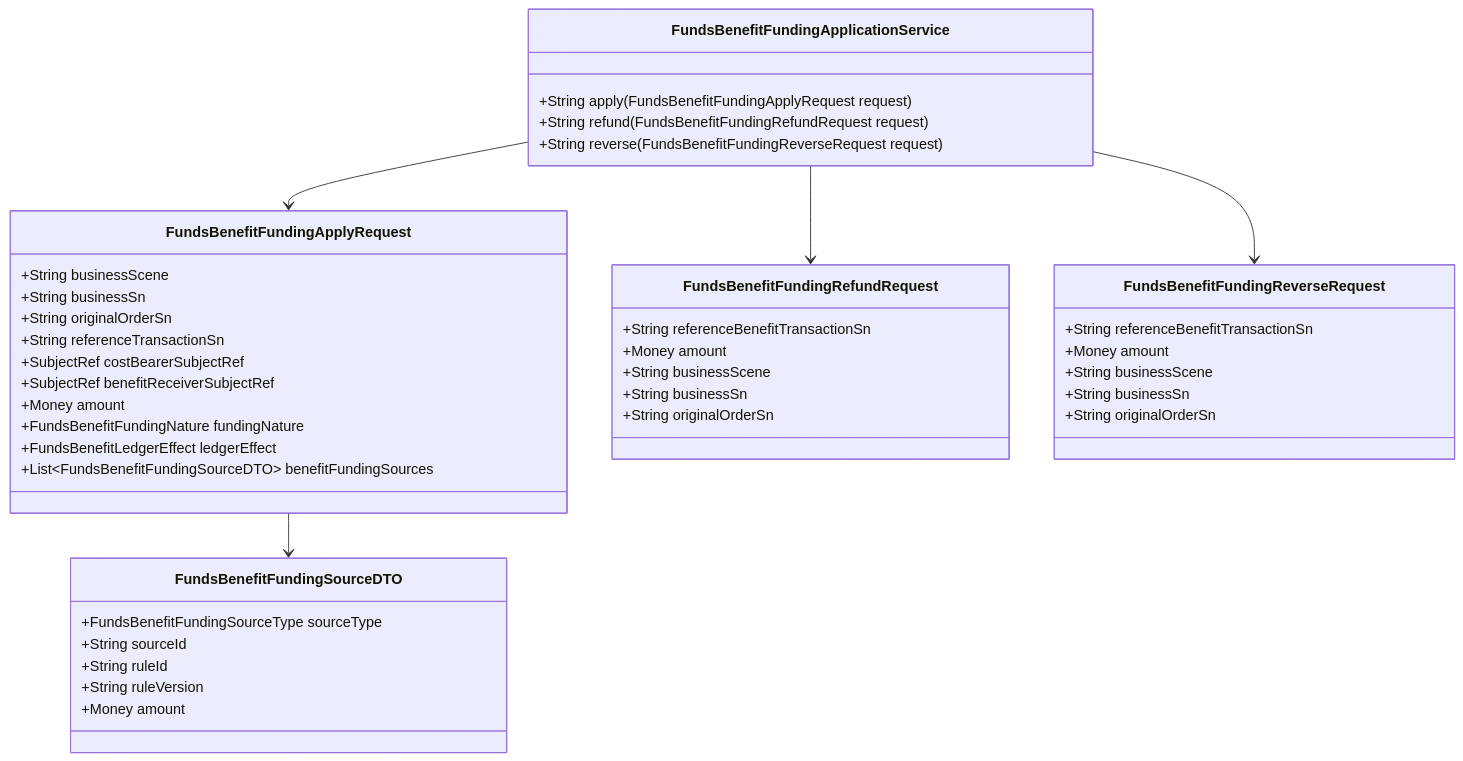
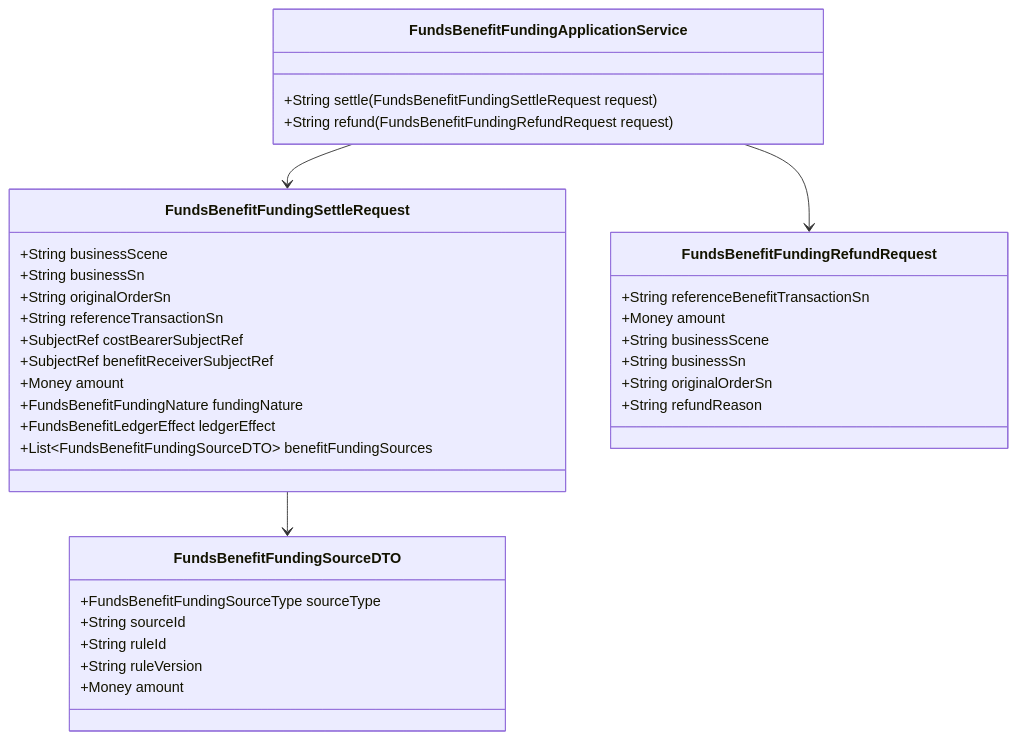
The second of 2 diagrams in docs/DSL设计/支付资金底座DSL承载层设计.md (fengwuxp/wind-funds), drawn with Mermaid before and after one commit. The commit also changed other lines of this file and 26 other files, not shown here.

````diff
--- a/docs/DSL设计/支付资金底座DSL承载层设计.md
+++ b/docs/DSL设计/支付资金底座DSL承载层设计.md
@@ -637,50 +635,41 @@
 ```mermaid
 classDiagram
     class FundsBenefitFundingApplicationService {
-      +String apply(FundsBenefitFundingApplyRequest request)
+      +String settle(FundsBenefitFundingSettleRequest request)
       +String refund(FundsBenefitFundingRefundRequest request)
-      +String reverse(FundsBenefitFundingReverseRequest request)
     }
 
-    class FundsBenefitFundingApplyRequest {
+    class FundsBenefitFundingSettleRequest {
       +String businessScene
       +String businessSn
       +String originalOrderSn
       +String referenceTransactionSn
       +SubjectRef costBearerSubjectRef
       +SubjectRef benefitReceiverSubjectRef
       +Money amount
       +FundsBenefitFundingNature fundingNature
       +FundsBenefitLedgerEffect ledgerEffect
       +List~FundsBenefitFundingSourceDTO~ benefitFundingSources
     }
 
     class FundsBenefitFundingRefundRequest {
       +String referenceBenefitTransactionSn
       +Money amount
       +String businessScene
       +String businessSn
       +String originalOrderSn
-    }
-
-    class FundsBenefitFundingReverseRequest {
-      +String referenceBenefitTransactionSn
-      +Money amount
-      +String businessScene
-      +String businessSn
-      +String originalOrderSn
+      +String refundReason
     }
 
     class FundsBenefitFundingSourceDTO {
       +FundsBenefitFundingSourceType sourceType
       +String sourceId
       +String ruleId
       +String ruleVersion
       +Money amount
     }
 
-    FundsBenefitFundingApplicationService --> FundsBenefitFundingApplyRequest
+    FundsBenefitFundingApplicationService --> FundsBenefitFundingSettleRequest
     FundsBenefitFundingApplicationService --> FundsBenefitFundingRefundRequest
-    FundsBenefitFundingApplicationService --> FundsBenefitFundingReverseRequest
-    FundsBenefitFundingApplyRequest --> FundsBenefitFundingSourceDTO
+    FundsBenefitFundingSettleRequest --> FundsBenefitFundingSourceDTO
 ```
````
